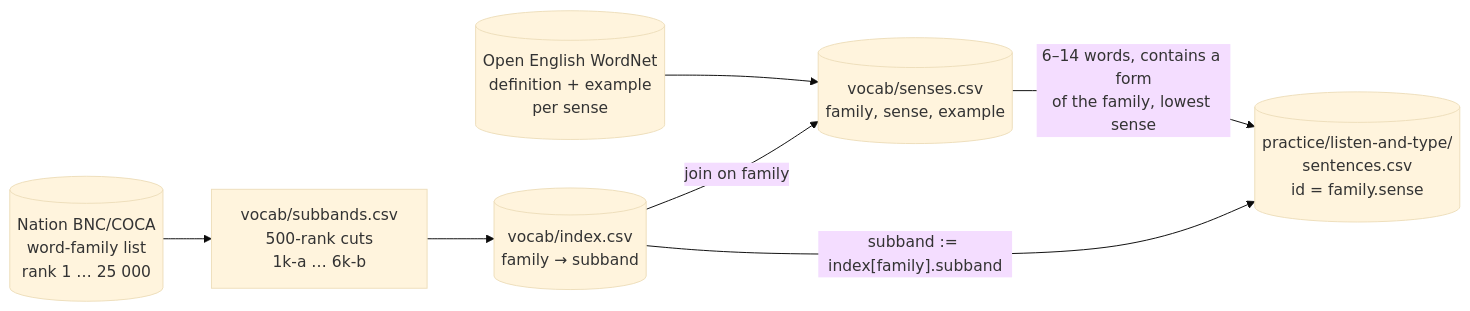
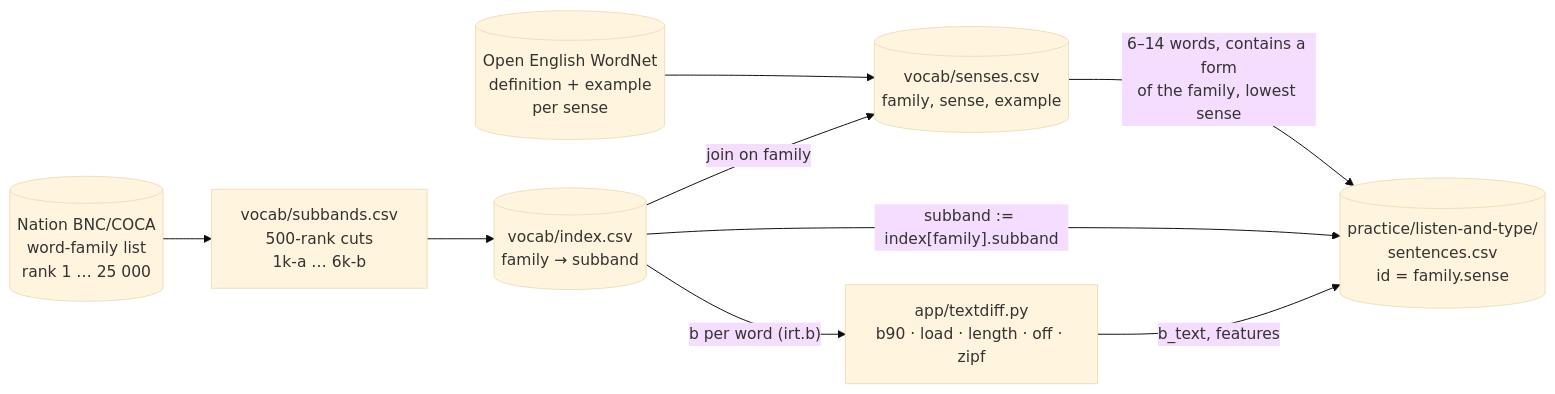
Before and after one commit to nhanpc/DET: the first of 3 diagrams in docs/sentences.md, drawn with Mermaid (base theme). The commit also changed other lines of this file and 14 other files, not shown here.

````diff
--- a/docs/sentences.md
+++ b/docs/sentences.md
@@ -12,9 +16,11 @@
 ```mermaid
 flowchart LR
     N[(Nation BNC/COCA<br/>word-family list<br/>rank 1 … 25 000)] --> S[vocab/subbands.csv<br/>500-rank cuts<br/>1k-a … 6k-b]
     S --> I[(vocab/index.csv<br/>family → subband)]
     W[(Open English WordNet<br/>definition + example<br/>per sense)] --> E[(vocab/senses.csv<br/>family, sense, example)]
     I -->|join on family| E
     E -->|"6–14 words, contains a form<br/>of the family, lowest sense"| B[(practice/listen-and-type/<br/>sentences.csv<br/>id = family.sense)]
     I -->|"subband := index[family].subband"| B
+    I -->|"b per word (irt.b)"| D[app/textdiff.py<br/>b90 · load · length · off · zipf]
+    D -->|"b_text, features"| B
 ```
````
